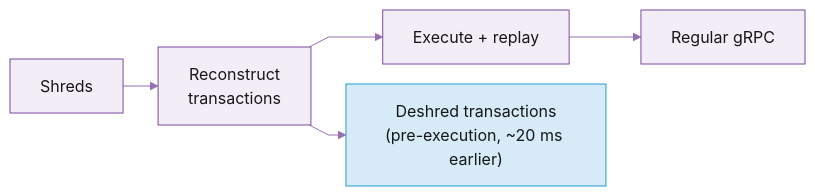
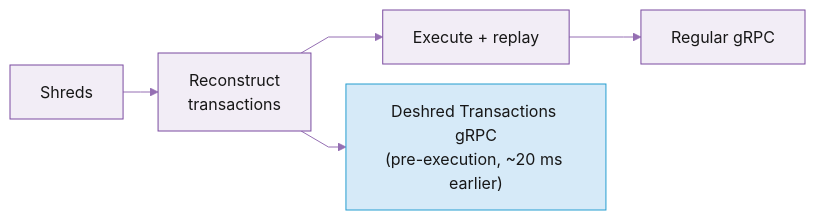
One commit to praptisharma28/triton-docs-v5 changed the diagram in documentation/real-time-streaming/deshred-transactions.md. Above: the diagram before and after it, drawn with Mermaid. The commit also changed other lines of this file and 23 other files, not shown here.

Commit message:
Rename products site-wide: Cloudbreak Accounts, Deshred Transactions gRPC, Whirligig WebSocket, Fumarole Persistent gRPC; best practices: 4 days of replay

````diff
--- a/documentation/real-time-streaming/deshred-transactions.md
+++ b/documentation/real-time-streaming/deshred-transactions.md
@@ -27,8 +27,8 @@
 ```mermaid
 %%{init: {'theme':'base','themeVariables':{'primaryColor':'#F2EDF6','primaryBorderColor':'#7A4BA0','primaryTextColor':'#171717','lineColor':'#956FB3','secondaryColor':'#E4DBEC','tertiaryColor':'#D7C9E3','edgeLabelBackground':'#F2EDF6'},'flowchart':{'nodeSpacing':20,'rankSpacing':35,'curve':'linear'}}}%%
 flowchart LR
     s["Shreds"] --> r["Reconstruct<br/>transactions"]
     r --> e["Execute + replay"] --> g["Regular gRPC"]
-    r --> d["Deshred transactions<br/>(pre-execution, ~20 ms earlier)"]
+    r --> d["Deshred Transactions gRPC<br/>(pre-execution, ~20 ms earlier)"]
     style d fill:#D6EAF8,stroke:#259DD0
 ```
````
